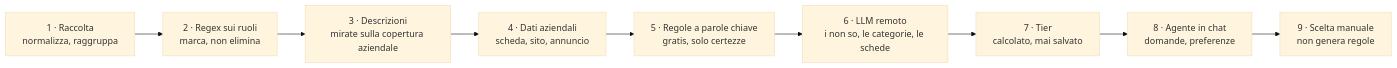
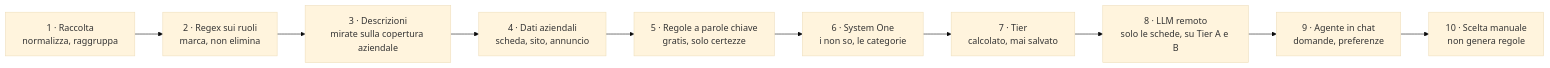
One commit to ettoremodina/JobHunter changed the second of 2 diagrams in DESIGN.md. Above: the diagram before and after it, drawn with Mermaid (base theme). The commit also changed other lines of this file and 25 other files, not shown here.

````diff
--- a/DESIGN.md
+++ b/DESIGN.md
@@ -111,11 +126,12 @@
 ```mermaid
 flowchart LR
     C["1 · Raccolta<br/>normalizza, raggruppa"] --> G["2 · Regex sui ruoli<br/>marca, non elimina"]
     G --> D["3 · Descrizioni<br/>mirate sulla copertura aziendale"]
     D --> E["4 · Dati aziendali<br/>scheda, sito, annuncio"]
     E --> R["5 · Regole a parole chiave<br/>gratis, solo certezze"]
-    R --> Q["6 · LLM remoto<br/>i non so, le categorie, le schede"]
-    Q --> T["7 · Tier<br/>calcolato, mai salvato"]
-    T --> H["8 · Agente in chat<br/>domande, preferenze"]
-    H --> U["9 · Scelta manuale<br/>non genera regole"]
+    R --> J["6 · System One<br/>i non so, le categorie"]
+    J --> T["7 · Tier<br/>calcolato, mai salvato"]
+    T --> Q["8 · LLM remoto<br/>solo le schede, su Tier A e B"]
+    Q --> H["9 · Agente in chat<br/>domande, preferenze"]
+    H --> U["10 · Scelta manuale<br/>non genera regole"]
 ```
````
